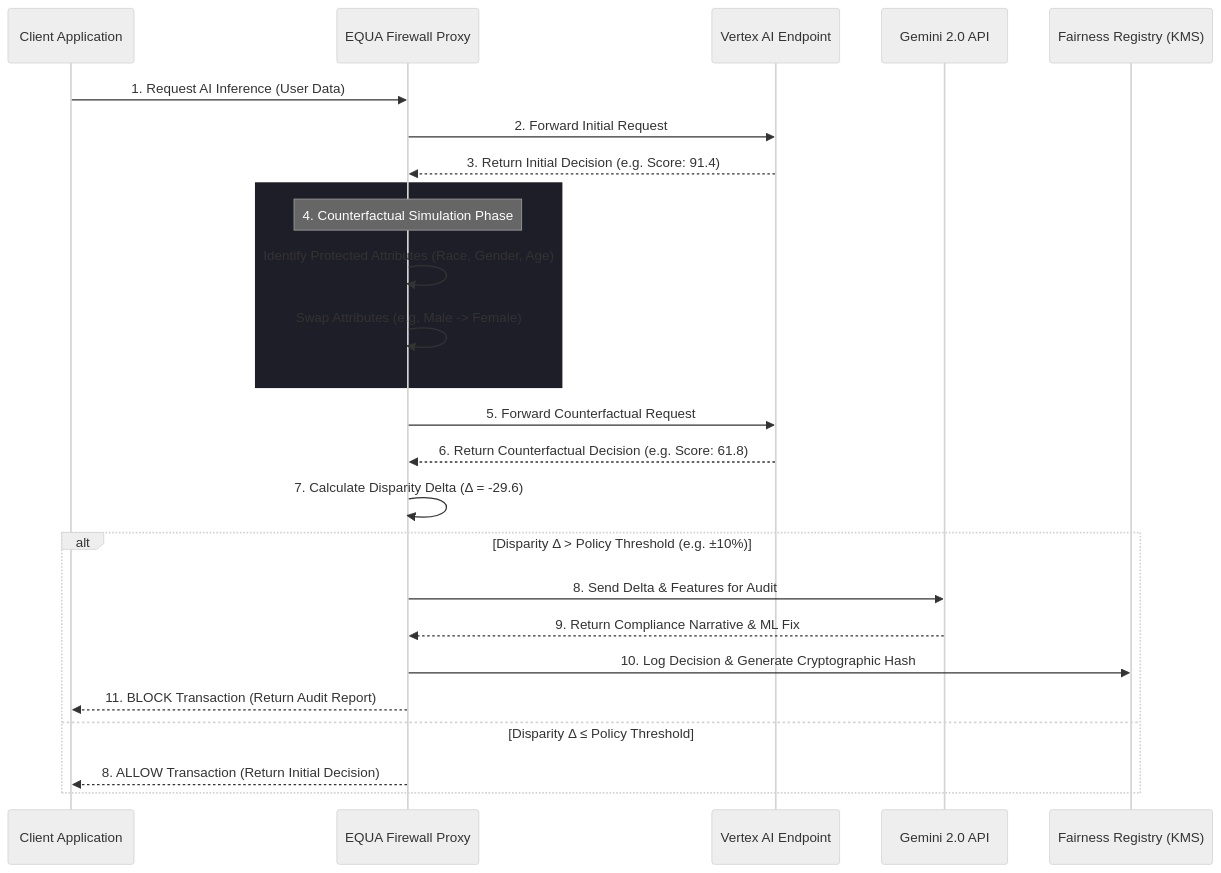
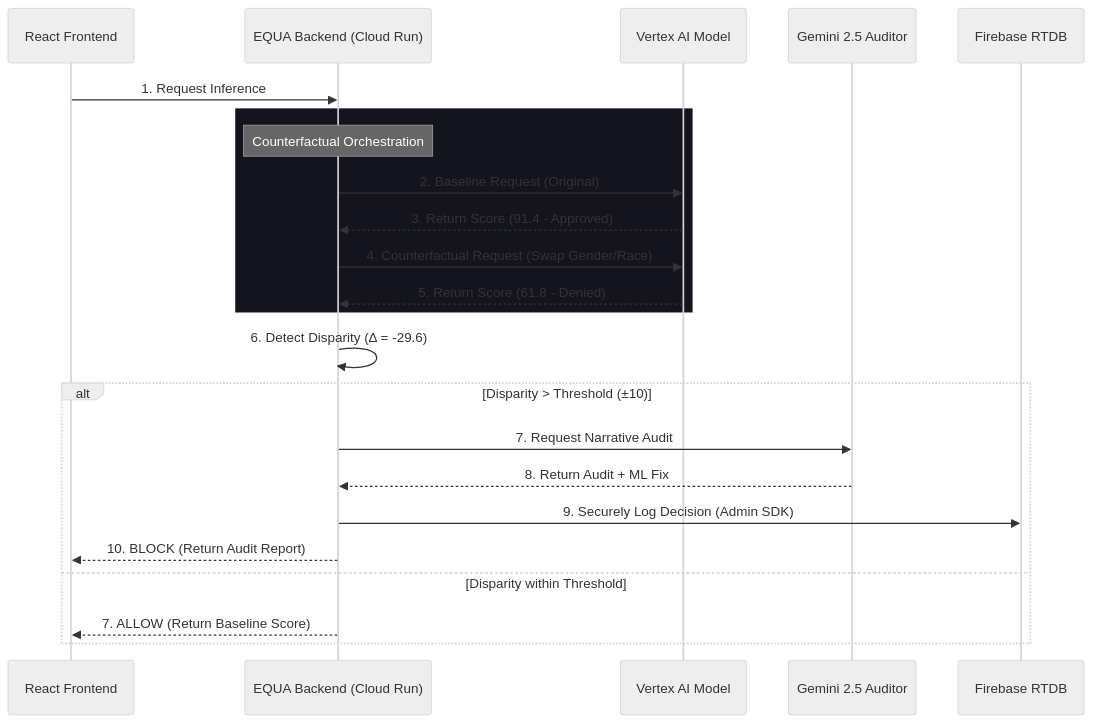
Before and after one commit to NEHANGRM/FairSight_AI: the diagram in ARCHITECTURE.md, drawn with Mermaid (neutral theme). The commit also changed other lines of this file and 12 other files, not shown here.

Commit message:
Feat: Migrate to secure backend proxy with Cloud Run, Docker, and Firebase integration; Update documentation

````diff
--- a/ARCHITECTURE.md
+++ b/ARCHITECTURE.md
@@ -13,32 +37,30 @@
 ```mermaid
 sequenceDiagram
-    participant Client as Client Application
-    participant Proxy as EQUA Firewall Proxy
-    participant AI as Vertex AI Endpoint
-    participant Gemini as Gemini 2.0 API
-    participant Registry as Fairness Registry (KMS)
+    participant App as React Frontend
+    participant Proxy as EQUA Backend (Cloud Run)
+    participant AI as Vertex AI Model
+    participant Gemini as Gemini 2.5 Auditor
+    participant DB as Firebase RTDB
 
-    Client->>Proxy: 1. Request AI Inference (User Data)
-    Proxy->>AI: 2. Forward Initial Request
-    AI-->>Proxy: 3. Return Initial Decision (e.g. Score: 91.4)
+    App->>Proxy: 1. Request Inference
     
-    rect rgb(30, 30, 40)
-    Note over Proxy: 4. Counterfactual Simulation Phase
-    Proxy->>Proxy: Identify Protected Attributes (Race, Gender, Age)
-    Proxy->>Proxy: Swap Attributes (e.g. Male -> Female)
+    rect rgb(20, 20, 30)
+    Note over Proxy: Counterfactual Orchestration
+    Proxy->>AI: 2. Baseline Request (Original)
+    AI-->>Proxy: 3. Return Score (91.4 - Approved)
+    
+    Proxy->>AI: 4. Counterfactual Request (Swap Gender/Race)
+    AI-->>Proxy: 5. Return Score (61.8 - Denied)
     end
 
-    Proxy->>AI: 5. Forward Counterfactual Request
-    AI-->>Proxy: 6. Return Counterfactual Decision (e.g. Score: 61.8)
-    
-    Proxy->>Proxy: 7. Calculate Disparity Delta (Δ = -29.6)
-    
-    alt Disparity Δ > Policy Threshold (e.g. ±10%)
-        Proxy->>Gemini: 8. Send Delta & Features for Audit
-        Gemini-->>Proxy: 9. Return Compliance Narrative & ML Fix
-        Proxy->>Registry: 10. Log Decision & Generate Cryptographic Hash
-        Proxy-->>Client: 11. BLOCK Transaction (Return Audit Report)
-    else Disparity Δ ≤ Policy Threshold
-        Proxy-->>Client: 8. ALLOW Transaction (Return Initial Decision)
+    Proxy->>Proxy: 6. Detect Disparity (Δ = -29.6)
+
+    alt Disparity > Threshold (±10)
+        Proxy->>Gemini: 7. Request Narrative Audit
+        Gemini-->>Proxy: 8. Return Audit + ML Fix
+        Proxy->>DB: 9. Securely Log Decision (Admin SDK)
+        Proxy-->>App: 10. BLOCK (Return Audit Report)
+    else Disparity within Threshold
+        Proxy-->>App: 7. ALLOW (Return Baseline Score)
     end
 ```
````
